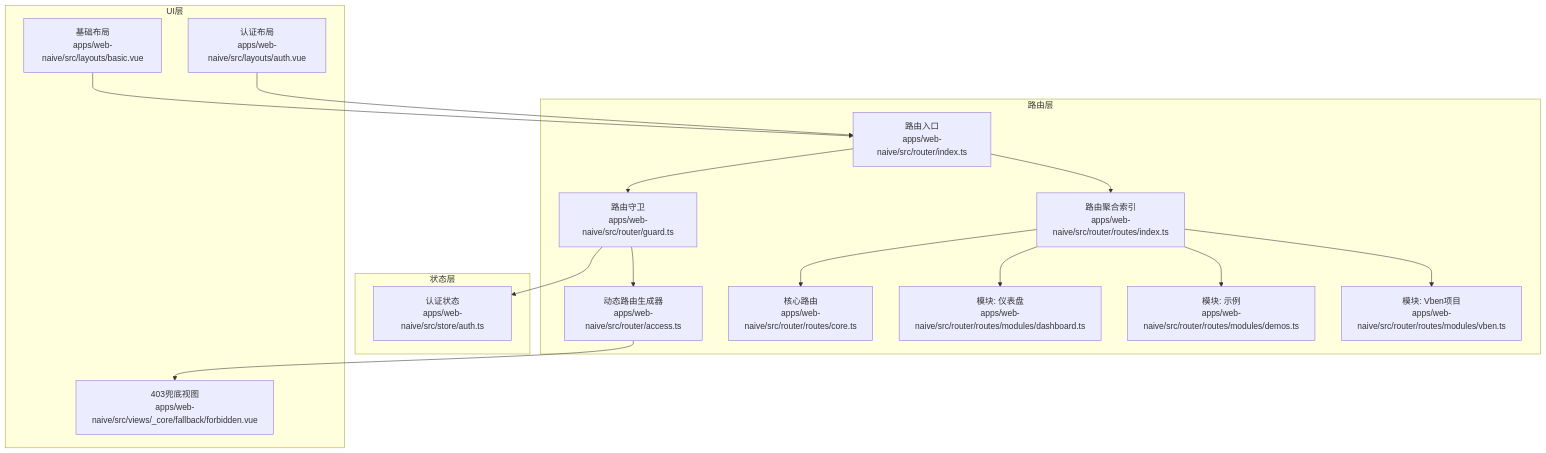
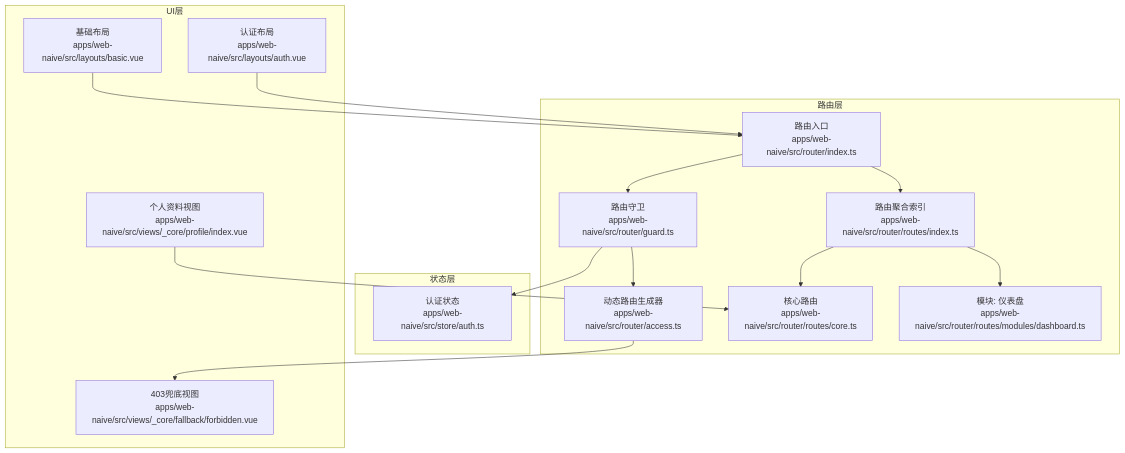
Before and after one commit to ShiRuYu/shiyu-ui: the first of 3 diagrams in .qoder/repowiki/zh/content/架构设计/路由系统架构.md, drawn with Mermaid. The commit also changed other lines of this file and 37 other files, not shown here.

````diff
--- a/.qoder/repowiki/zh/content/架构设计/路由系统架构.md
+++ b/.qoder/repowiki/zh/content/架构设计/路由系统架构.md
@@ -52,32 +60,30 @@
 ```mermaid
 graph TB
 subgraph "路由层"
 RIndex["路由入口<br/>apps/web-naive/src/router/index.ts"]
 RGuard["路由守卫<br/>apps/web-naive/src/router/guard.ts"]
 RAccess["动态路由生成器<br/>apps/web-naive/src/router/access.ts"]
 RRoutesIdx["路由聚合索引<br/>apps/web-naive/src/router/routes/index.ts"]
 RCore["核心路由<br/>apps/web-naive/src/router/routes/core.ts"]
 RModDash["模块: 仪表盘<br/>apps/web-naive/src/router/routes/modules/dashboard.ts"]
-RModDemos["模块: 示例<br/>apps/web-naive/src/router/routes/modules/demos.ts"]
-RModVben["模块: Vben项目<br/>apps/web-naive/src/router/routes/modules/vben.ts"]
 end
 subgraph "状态层"
 SAuth["认证状态<br/>apps/web-naive/src/store/auth.ts"]
 end
 subgraph "UI层"
 LBasic["基础布局<br/>apps/web-naive/src/layouts/basic.vue"]
 LAuth["认证布局<br/>apps/web-naive/src/layouts/auth.vue"]
 VFb403["403兜底视图<br/>apps/web-naive/src/views/_core/fallback/forbidden.vue"]
+VProfile["个人资料视图<br/>apps/web-naive/src/views/_core/profile/index.vue"]
 end
 RIndex --> RGuard
 RIndex --> RRoutesIdx
 RRoutesIdx --> RCore
 RRoutesIdx --> RModDash
-RRoutesIdx --> RModDemos
-RRoutesIdx --> RModVben
 RGuard --> RAccess
 RGuard --> SAuth
 RAccess --> VFb403
 LBasic --> RIndex
 LAuth --> RIndex
+VProfile --> RCore
 ```
````
